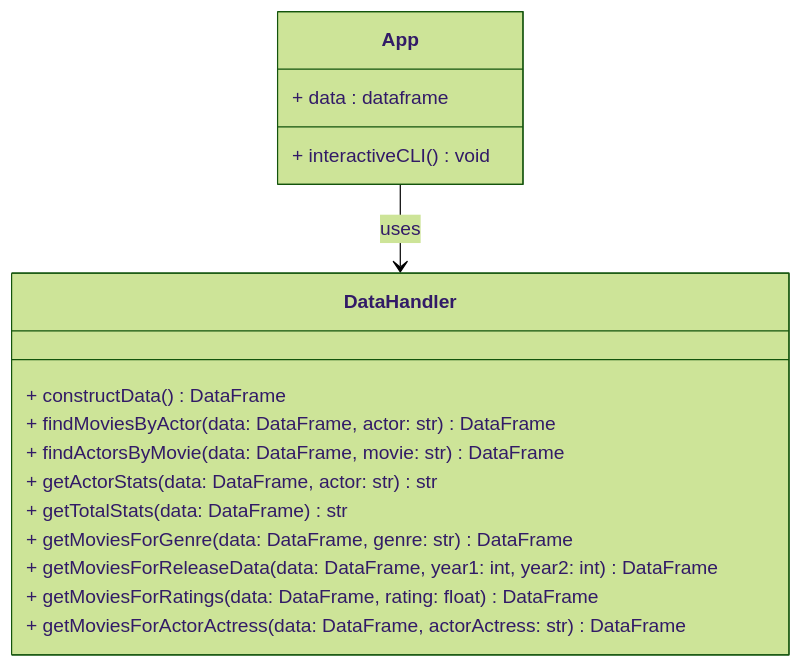
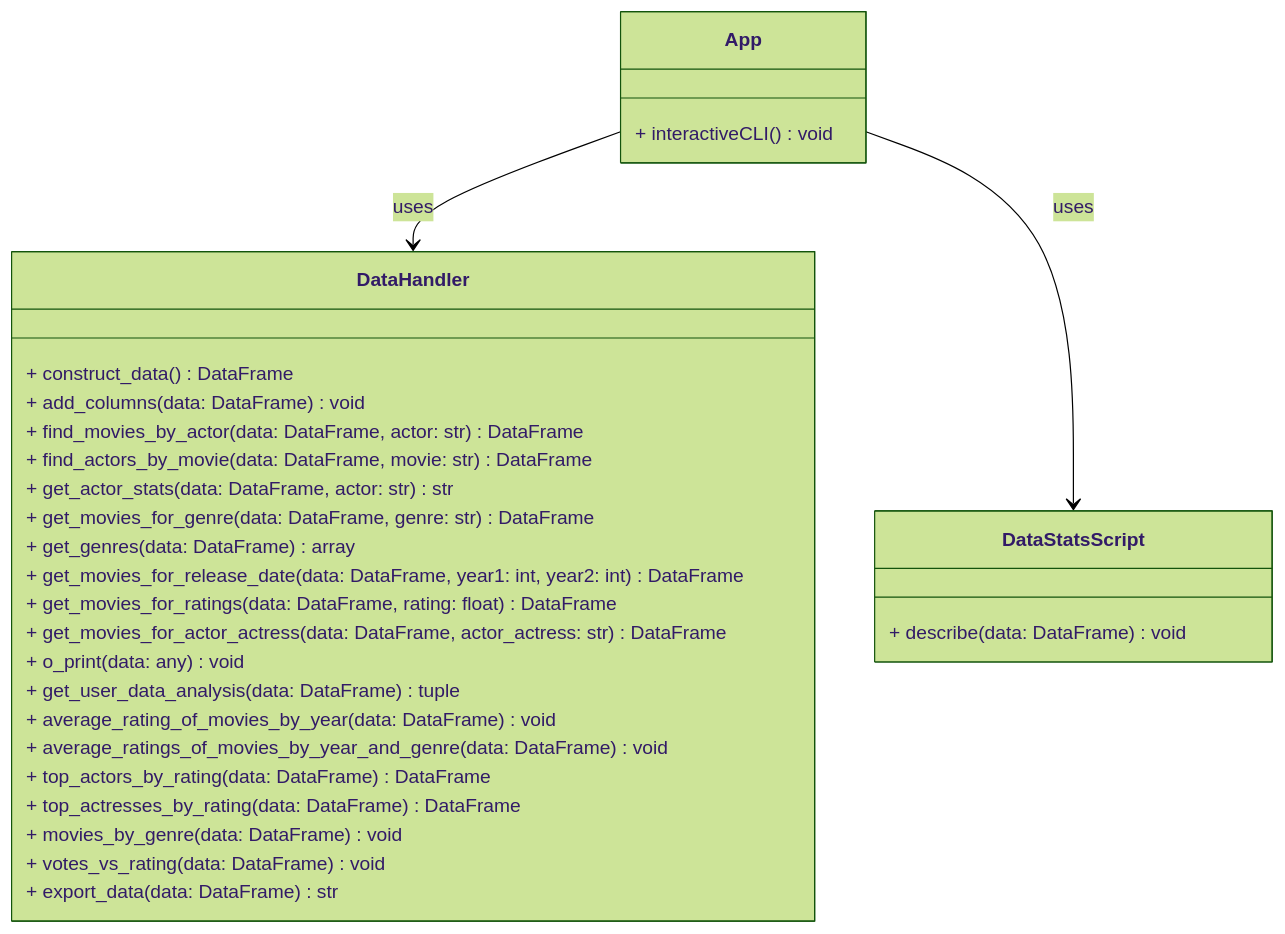
The diagram in README.md (barrettsapunjis/ENSF692-Project), drawn with Mermaid (forest theme) before and after one commit. The commit also changed other lines of this file and 16 other files, not shown here.

````diff
--- a/README.md
+++ b/README.md
@@ -32,23 +32,35 @@
 ```mermaid graph TD
 classDiagram
     class App {
-        + data : dataframe
-
         + interactiveCLI() void
     }
     
     class DataHandler {
-        + constructData() DataFrame
-        + findMoviesByActor(data: DataFrame, actor: str) DataFrame
-        + findActorsByMovie(data: DataFrame, movie: str) DataFrame
-        + getActorStats(data: DataFrame, actor: str) str
-        + getTotalStats(data: DataFrame) str
-        + getMoviesForGenre(data: DataFrame, genre: str) DataFrame
-        + getMoviesForReleaseData(data: DataFrame, year1: int, year2: int) DataFrame
-        + getMoviesForRatings(data: DataFrame, rating: float) DataFrame
-        + getMoviesForActorActress(data: DataFrame, actorActress: str) DataFrame
+        + construct_data() DataFrame
+        + add_columns(data: DataFrame) void
+        + find_movies_by_actor(data: DataFrame, actor: str) DataFrame
+        + find_actors_by_movie(data: DataFrame, movie: str) DataFrame
+        + get_actor_stats(data: DataFrame, actor: str) str
+        + get_movies_for_genre(data: DataFrame, genre: str) DataFrame
+        + get_genres(data: DataFrame) array
+        + get_movies_for_release_date(data: DataFrame, year1: int, year2: int) DataFrame
+        + get_movies_for_ratings(data: DataFrame, rating: float) DataFrame
+        + get_movies_for_actor_actress(data: DataFrame, actor_actress: str) DataFrame
+        + o_print(data: any) void
+        + get_user_data_analysis(data: DataFrame) tuple
+        + average_rating_of_movies_by_year(data: DataFrame) void
+        + average_ratings_of_movies_by_year_and_genre(data: DataFrame) void
+        + top_actors_by_rating(data: DataFrame) DataFrame
+        + top_actresses_by_rating(data: DataFrame) DataFrame
+        + movies_by_genre(data: DataFrame) void
+        + votes_vs_rating(data: DataFrame) void
+        + export_data(data: DataFrame) str
+    }
+    
+    class DataStatsScript {
+        + describe(data: DataFrame) void
     }
     
     App --> DataHandler : uses
-
+    App --> DataStatsScript : uses
 ```
````
